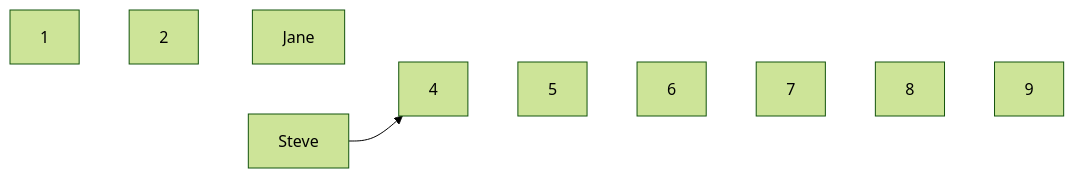
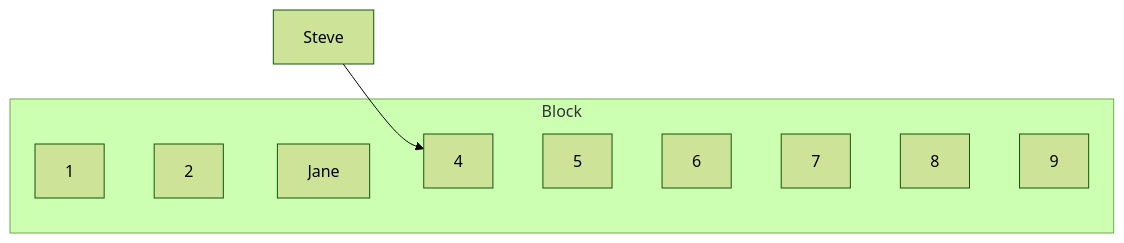
Before and after one commit to tsolenthaler/zbwAlgDs: the second of 3 diagrams in docs/datenstrukturen/hashtable.md, drawn with Mermaid (forest theme). The commit also changed other lines of this file, not shown here.

Commit message:
Enhance mermaid flowcharts in hashtable documentation by adding subgraphs for better structure and clarity

````diff
--- a/docs/datenstrukturen/hashtable.md
+++ b/docs/datenstrukturen/hashtable.md
@@ -149,5 +149,7 @@
 ``` mermaid
 flowchart LR
+    Steve --> 4
+    subgraph Block
     1 ~~~ 2 ~~~ 3[Jane] ~~~ 4 ~~~ 5 ~~~ 6 ~~~ 7 ~~~ 8 ~~~ 9
-    Steve --> 4
+    end
 ```
````
